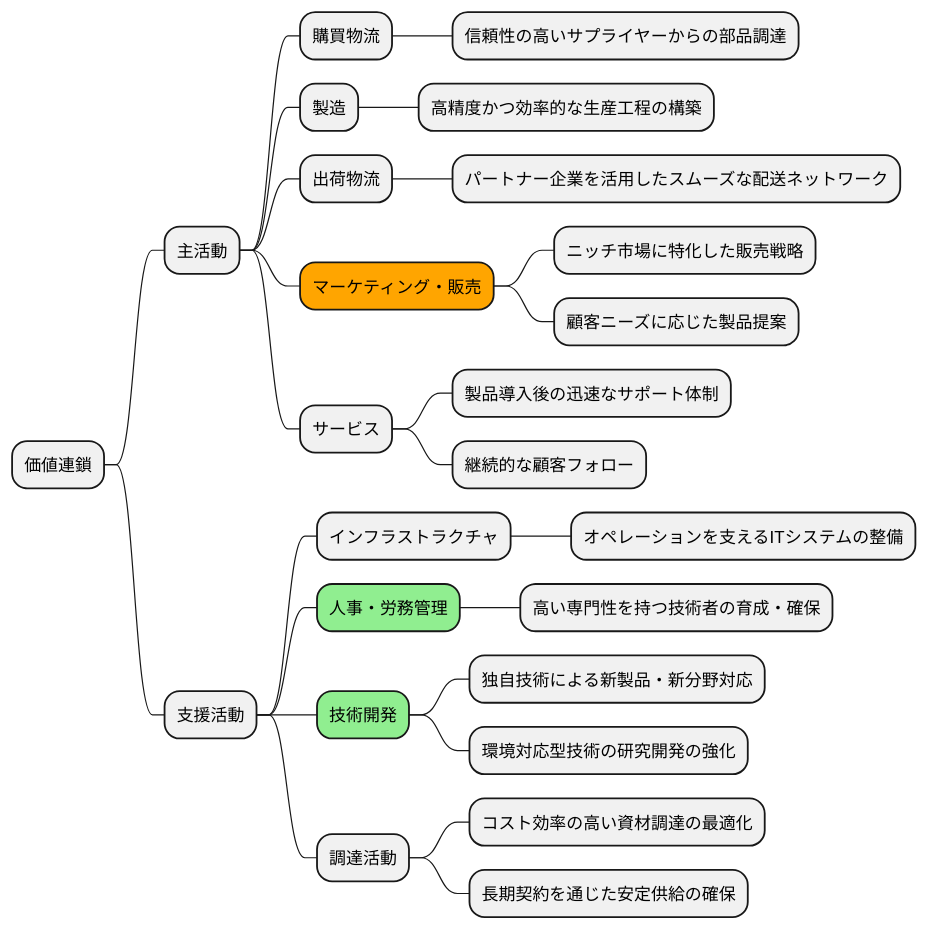
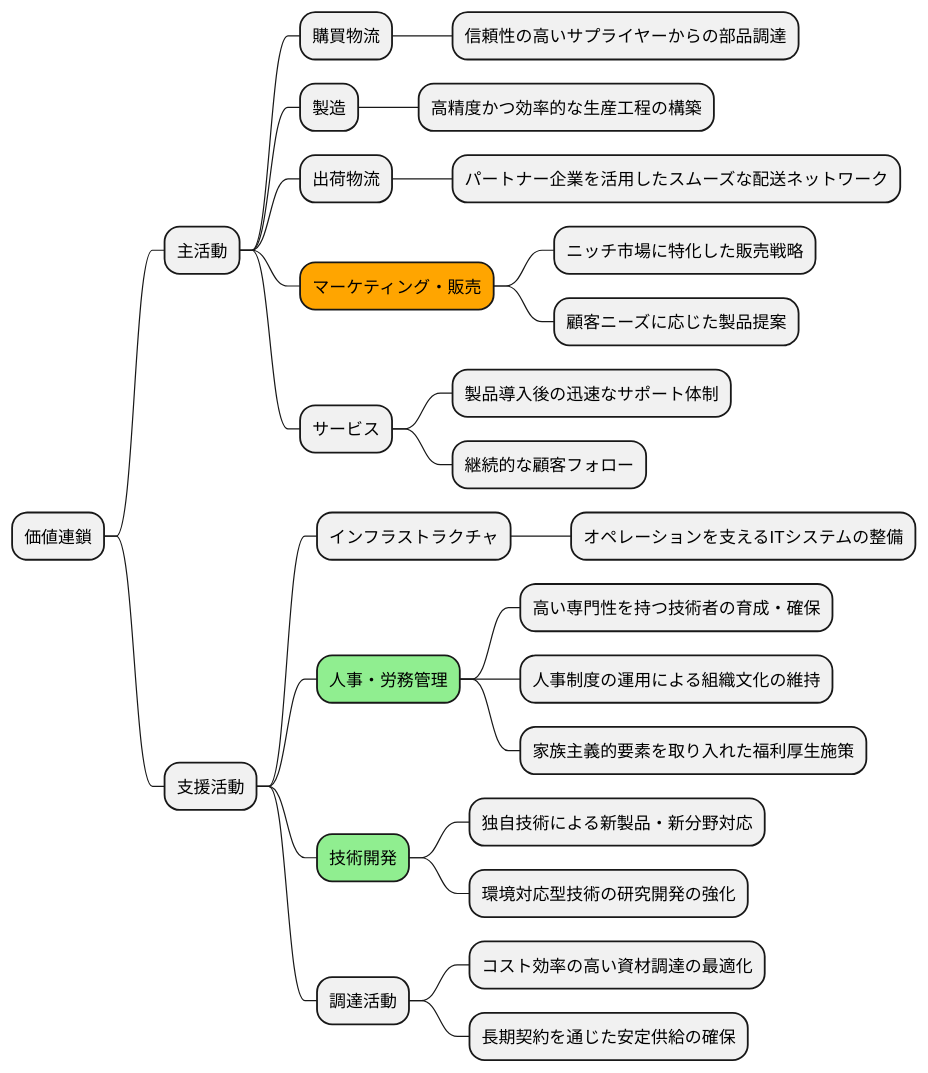
The tenth of 19 diagrams in docs/case/h30_case_1.adoc (k2works/case-sutudy-business-analysis), drawn with PlantUML before and after one commit. The commit also changed other lines of this file, not shown here.

```diff
--- a/docs/case/h30_case_1.adoc
+++ b/docs/case/h30_case_1.adoc
@@ -354,32 +352,34 @@
 [plantuml]
 ----
 @startmindmap
 
 * 価値連鎖
 ** 主活動
 *** 購買物流
 **** 信頼性の高いサプライヤーからの部品調達
 *** 製造
 **** 高精度かつ効率的な生産工程の構築
 *** 出荷物流
 **** パートナー企業を活用したスムーズな配送ネットワーク
 ***[#orange] マーケティング・販売
 **** ニッチ市場に特化した販売戦略
 **** 顧客ニーズに応じた製品提案
 *** サービス
 **** 製品導入後の迅速なサポート体制
 **** 継続的な顧客フォロー
 ** 支援活動
 *** インフラストラクチャ
 **** オペレーションを支えるITシステムの整備
 ***[#lightgreen] 人事・労務管理
 **** 高い専門性を持つ技術者の育成・確保
+**** 人事制度の運用による組織文化の維持
+**** 家族主義的要素を取り入れた福利厚生施策
 ***[#lightgreen] 技術開発
 **** 独自技術による新製品・新分野対応
 **** 環境対応型技術の研究開発の強化
 *** 調達活動
 **** コスト効率の高い資材調達の最適化
 **** 長期契約を通じた安定供給の確保
 
 @endmindmap
 ----
```
